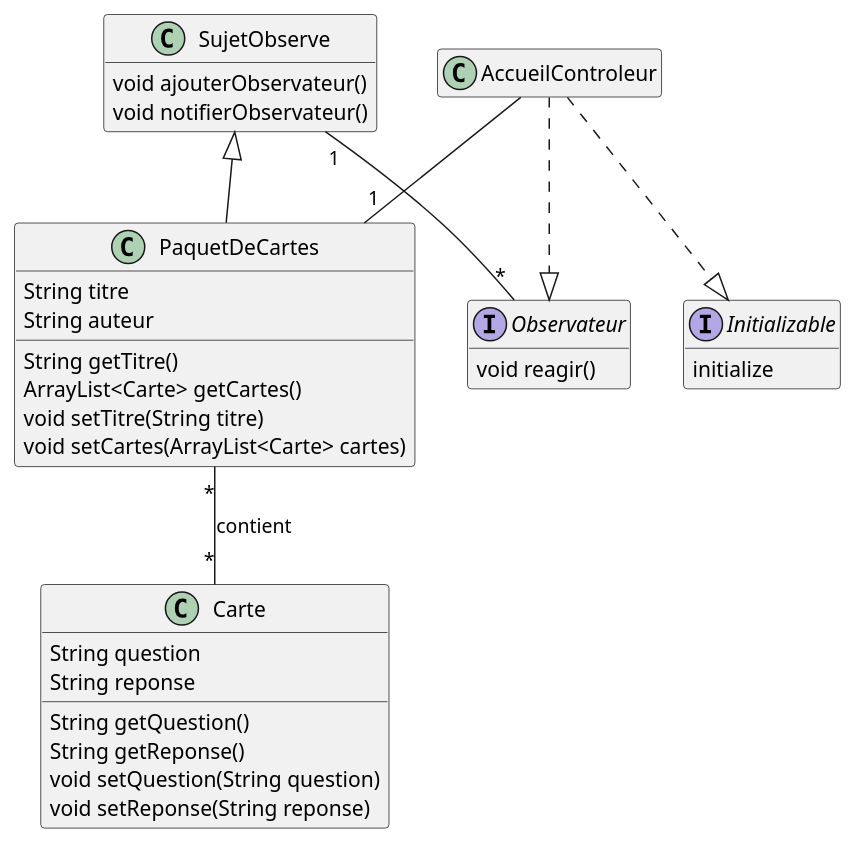
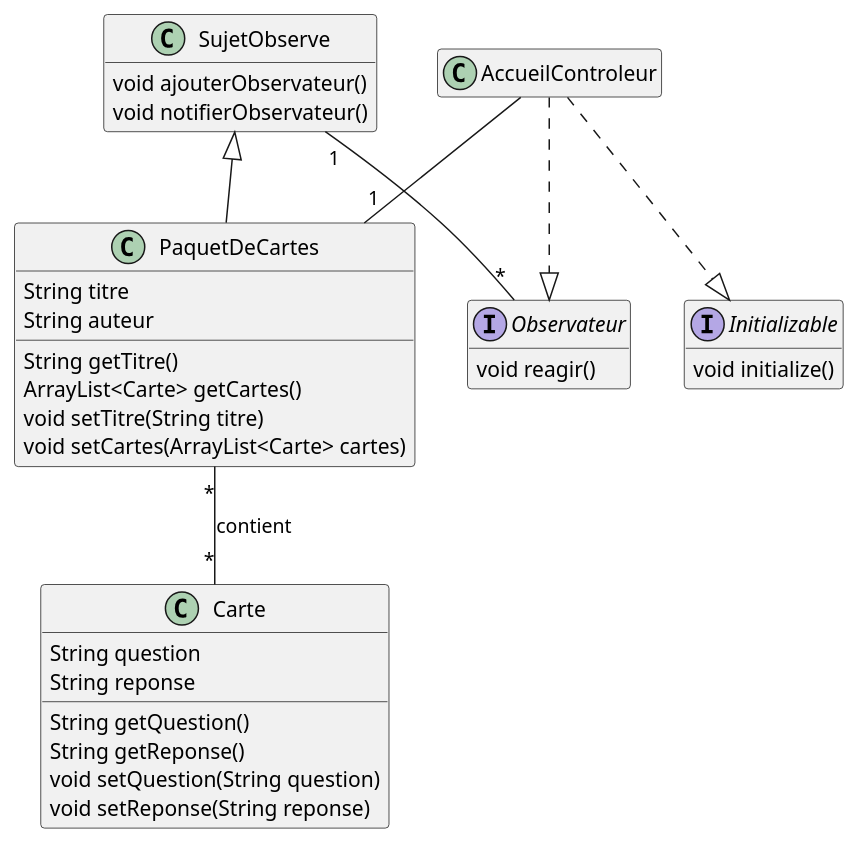
Before and after one commit to rouxmi/Flash-Card-App-: the diagram in diag.wsd, drawn with PlantUML.

Commit message:
chgt bis

```diff
--- a/diag.wsd
+++ b/diag.wsd
@@ -1,51 +1,51 @@
 @startuml diag
 hide empty members
 
 class Carte {
     {field} String question
     {field} String reponse
     {method} String getQuestion()
     {method} String getReponse()
     {method} void setQuestion(String question)
     {method} void setReponse(String reponse)
 }
 
 class PaquetDeCartes {
     {field} String titre
     {field} String auteur
     {method} String getTitre()
     {method} ArrayList<Carte> getCartes()
     {method} void setTitre(String titre)
     {method} void setCartes(ArrayList<Carte> cartes)
 }
 
 
 
 interface Observateur{
     {method} void reagir()
 }
 
 class SujetObserve{
     {method} void ajouterObservateur()
     {method} void notifierObservateur()
 }
 
 class AccueilControleur{
 
 
 }
 
 interface Initializable{
-    {method} initialize
+    {method} void initialize()
 }
 
 PaquetDeCartes "*" -- "*" Carte : contient
 
 SujetObserve <|-- PaquetDeCartes
 SujetObserve "1"--"*" Observateur
 AccueilControleur ..|> Observateur
 AccueilControleur --"1" PaquetDeCartes
 AccueilControleur ..|> Initializable
 
 
 @enduml
```
